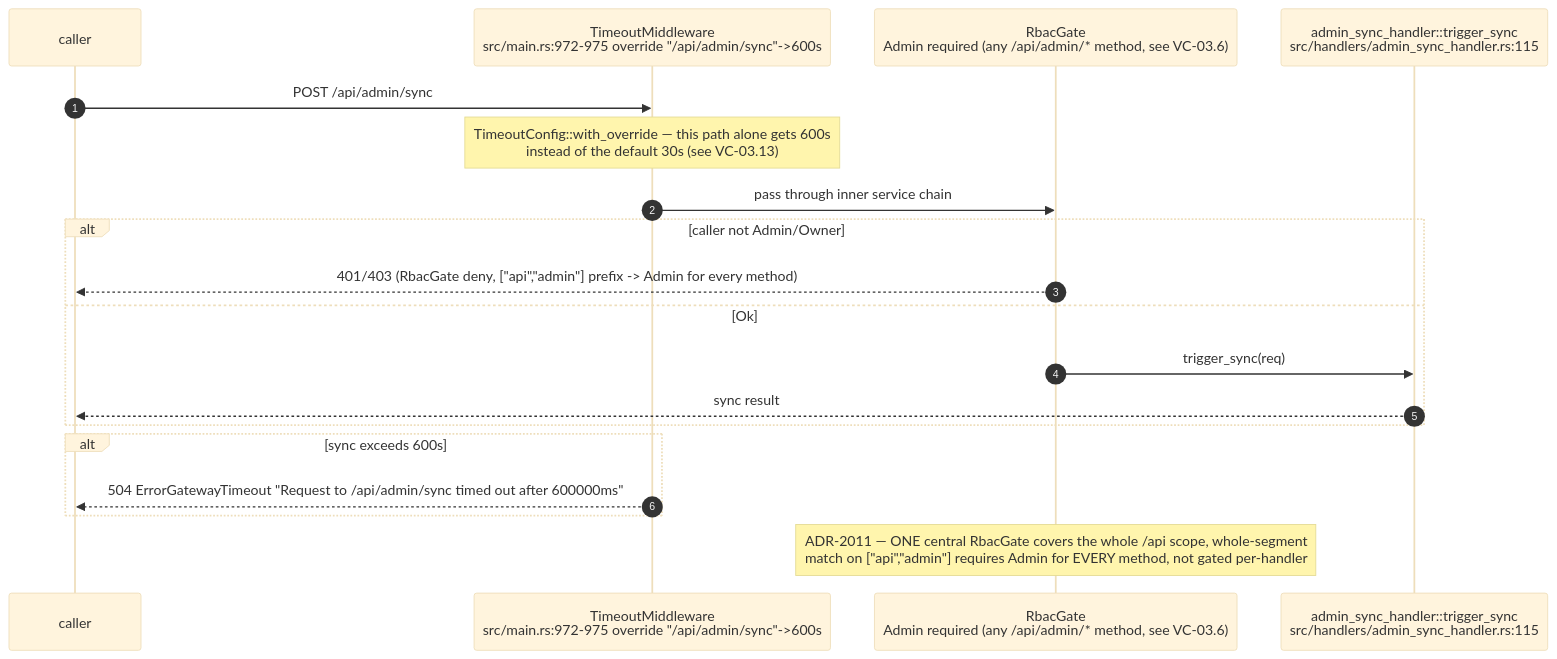
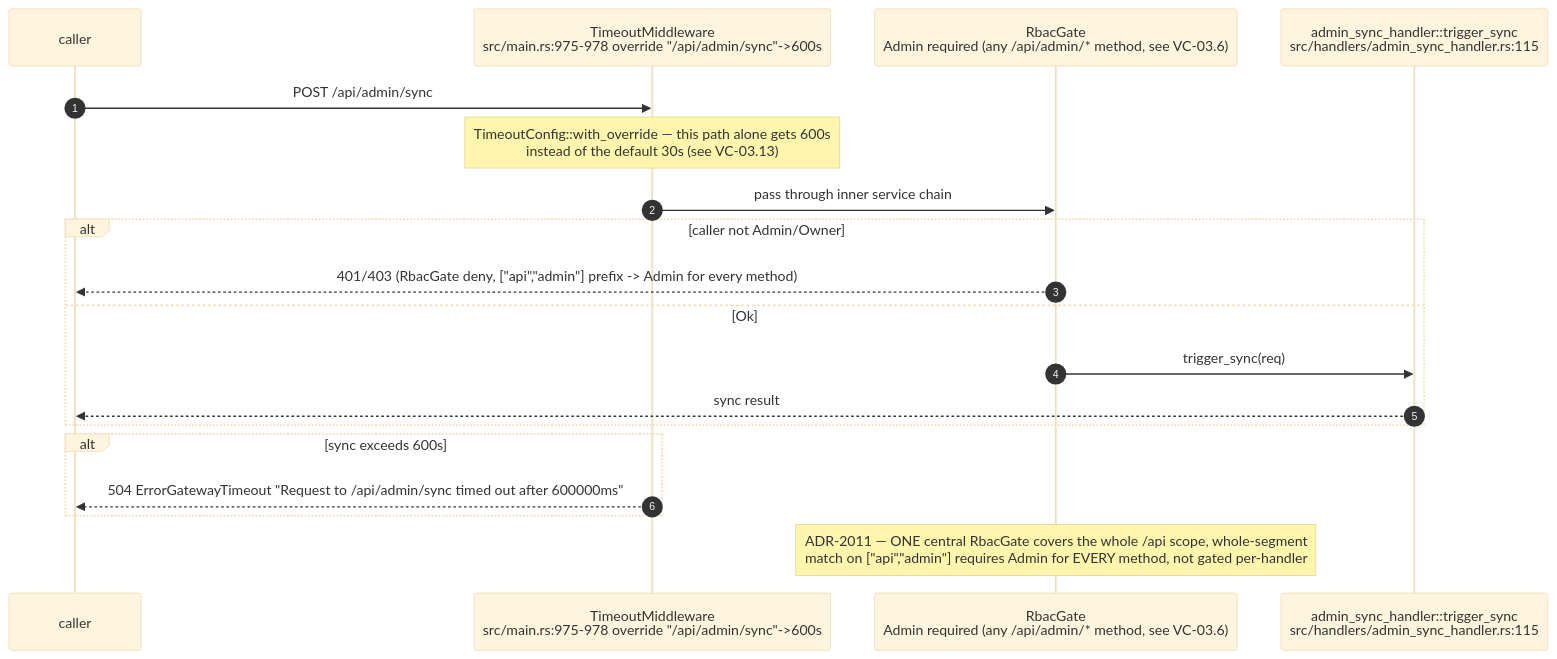
The second of 18 diagrams in docs/diagrams/visionclaw/05-handlers-governance-and-identity.md (DreamLab-AI/AR-AI-Knowledge-Graph), drawn with Mermaid (base theme) before and after one commit. The commit also changed other lines of this file and 73 other files, not shown here.

First line of the commit message:
docs(diagrams): re-verify all 71 topic files against HEAD; add --cite-check

````diff
--- a/docs/diagrams/visionclaw/05-handlers-governance-and-identity.md
+++ b/docs/diagrams/visionclaw/05-handlers-governance-and-identity.md
@@ -115,22 +115,22 @@
 ```mermaid
 sequenceDiagram
     autonumber
     participant C as caller
-    participant TO as TimeoutMiddleware<br/>src/main.rs:972-975 override "/api/admin/sync"->600s
+    participant TO as TimeoutMiddleware<br/>src/main.rs:975-978 override "/api/admin/sync"->600s
     participant RG as RbacGate<br/>Admin required (any /api/admin/* method, see VC-03.6)
     participant H as admin_sync_handler::trigger_sync<br/>src/handlers/admin_sync_handler.rs:115
 
     C->>TO: POST /api/admin/sync
     Note over TO: TimeoutConfig::with_override — this path alone gets 600s<br/>instead of the default 30s (see VC-03.13)
     TO->>RG: pass through inner service chain
     alt caller not Admin/Owner
         RG-->>C: 401/403 (RbacGate deny, ["api","admin"] prefix -> Admin for every method)
     else Ok
         RG->>H: trigger_sync(req)
         H-->>C: sync result
     end
     alt sync exceeds 600s
         TO-->>C: 504 ErrorGatewayTimeout "Request to /api/admin/sync timed out after 600000ms"
     end
     Note over RG: ADR-2011 — ONE central RbacGate covers the whole /api scope, whole-segment<br/>match on ["api","admin"] requires Admin for EVERY method, not gated per-handler
 ```
````
